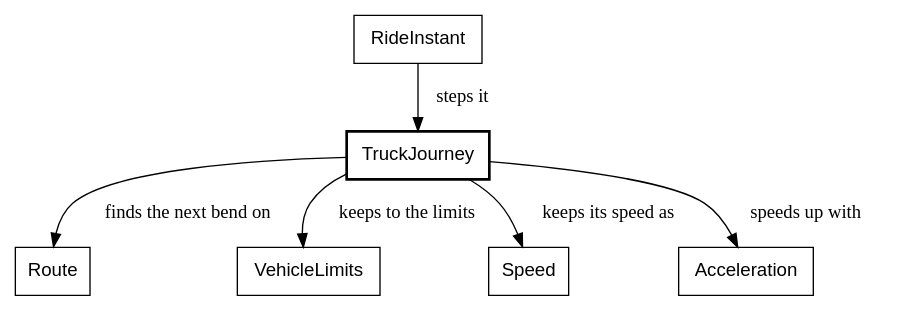
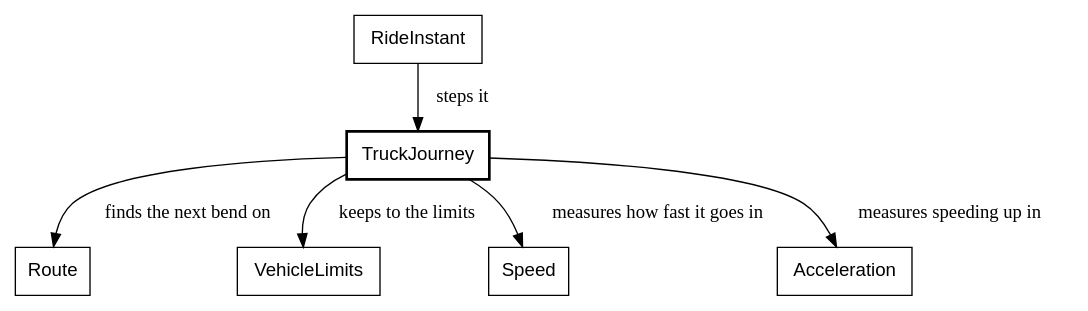
One commit to showell/roc-apps changed diagram 21 of 30 in canvas_apps/safari/tutorial/tutorial.md. Above: the diagram before and after it, drawn with Graphviz. The commit also changed other lines of this file, not shown here.

Commit message:
safari book: the truck's motion names only what came before

````diff
--- a/canvas_apps/safari/tutorial/tutorial.md
+++ b/canvas_apps/safari/tutorial/tutorial.md
@@ -2046,11 +2046,11 @@
 ```dot
 digraph truck_motion {
   node [shape=box, fontname="Helvetica"];
   TruckJourney [style=bold];
   RideInstant -> TruckJourney [label="  steps it"];
   TruckJourney -> Route [label="  finds the next bend on"];
   TruckJourney -> VehicleLimits [label="  keeps to the limits"];
-  TruckJourney -> Speed [label="  keeps its speed as"];
-  TruckJourney -> Acceleration [label="  speeds up with"];
+  TruckJourney -> Speed [label="  measures how fast it goes in"];
+  TruckJourney -> Acceleration [label="  measures speeding up in"];
 }
 ```
````
